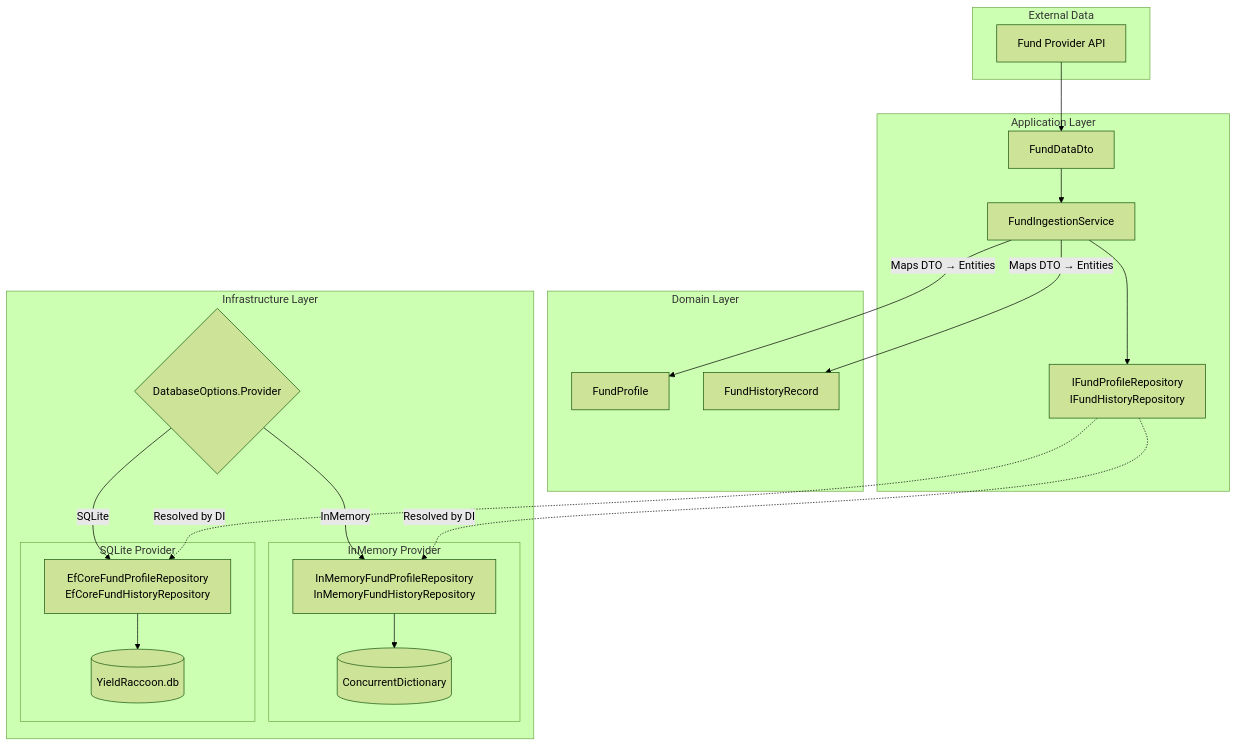
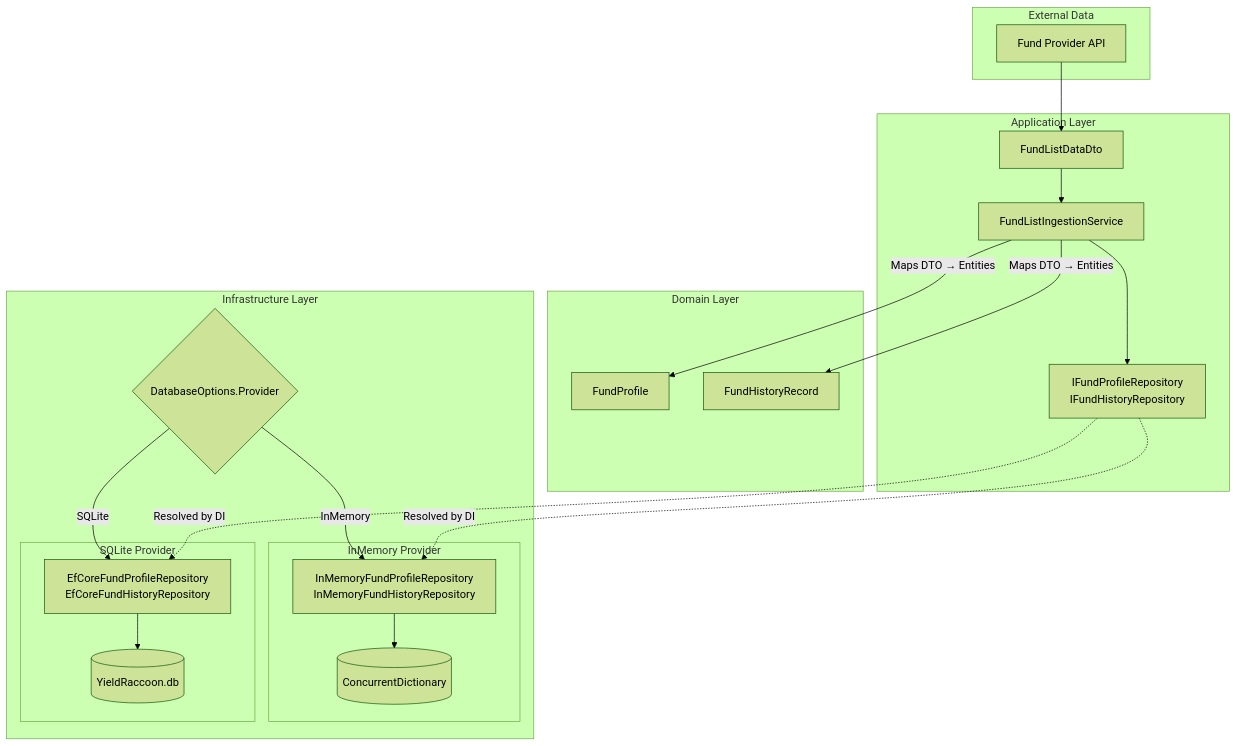
Before and after one commit to Muhomorik/SemanticKernel-FundDocsQnA-dotnet-nextjs: the first of 8 diagrams in YieldRaccoon/README.md, drawn with Mermaid (forest theme). The commit also changed other lines of this file and 86 other files, not shown here.

````diff
--- a/YieldRaccoon/README.md
+++ b/YieldRaccoon/README.md
@@ -156,46 +157,46 @@
 ```mermaid
 flowchart TB
     subgraph External["External Data"]
         API[Fund Provider API]
     end
 
     subgraph Application["Application Layer"]
-        DTO[FundDataDto]
-        SVC[FundIngestionService]
+        DTO[FundListDataDto]
+        SVC[FundListIngestionService]
         IRepo["IFundProfileRepository\nIFundHistoryRepository"]
     end
 
     subgraph Domain["Domain Layer"]
         FP[FundProfile]
         FHR[FundHistoryRecord]
     end
 
     subgraph Infrastructure["Infrastructure Layer"]
         Config{DatabaseOptions.Provider}
 
         subgraph InMem["InMemory Provider"]
             IMRepo["InMemoryFundProfileRepository\nInMemoryFundHistoryRepository"]
             Dict[(ConcurrentDictionary)]
         end
 
         subgraph SQLite["SQLite Provider"]
             EFRepo["EfCoreFundProfileRepository\nEfCoreFundHistoryRepository"]
             DB[(YieldRaccoon.db)]
         end
     end
 
     API --> DTO
     DTO --> SVC
     SVC -->|"Maps DTO → Entities"| FP
     SVC -->|"Maps DTO → Entities"| FHR
     SVC --> IRepo
 
     Config -->|"InMemory"| IMRepo
     Config -->|"SQLite"| EFRepo
 
     IRepo -.->|"Resolved by DI"| IMRepo
     IRepo -.->|"Resolved by DI"| EFRepo
 
     IMRepo --> Dict
     EFRepo --> DB
 ```
````
